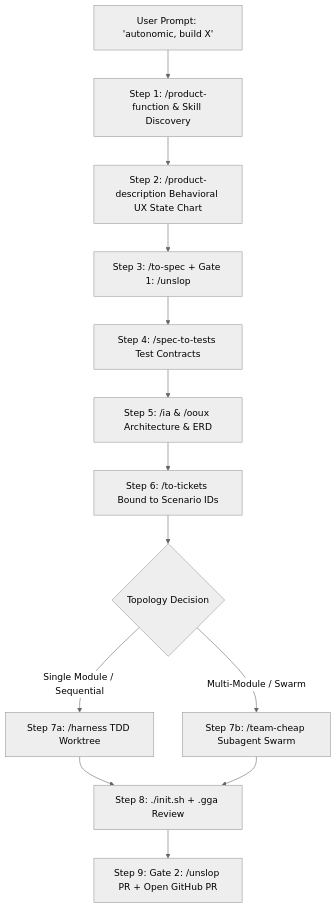
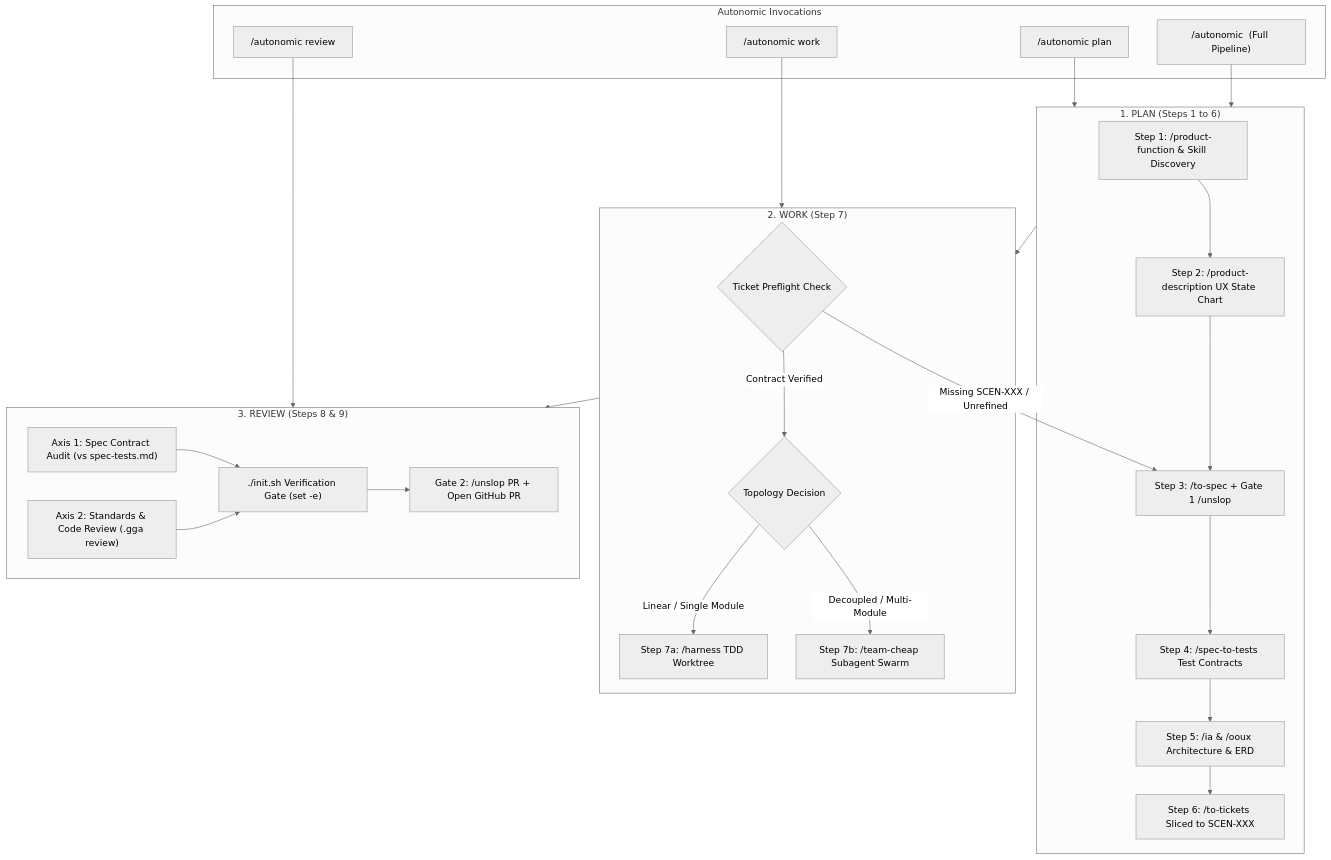
The diagram in .agents/skills/autonomic/SKILL.md (cesarchavezcal/agent-boilerplate), drawn with Mermaid (neutral theme) before and after one commit. The commit also changed other lines of this file and 1 other file, not shown here.

Commit message:
feat(autonomic): refactor into 3-phase macro architecture (plan, work, review)

````diff
--- a/.agents/skills/autonomic/SKILL.md
+++ b/.agents/skills/autonomic/SKILL.md
@@ -27,15 +30,42 @@
 ```mermaid
 flowchart TD
-    A[User Prompt: 'autonomic, build X'] --> B[Step 1: /product-function & Skill Discovery]
-    B --> C[Step 2: /product-description Behavioral UX State Chart]
-    C --> D[Step 3: /to-spec + Gate 1: /unslop]
-    D --> E[Step 4: /spec-to-tests Test Contracts]
-    E --> F[Step 5: /ia & /ooux Architecture & ERD]
-    F --> G[Step 6: /to-tickets Bound to Scenario IDs]
-    G --> H{Topology Decision}
-    H -- Single Module / Sequential --> I[Step 7a: /harness TDD Worktree]
-    H -- Multi-Module / Swarm --> J[Step 7b: /team-cheap Subagent Swarm]
-    I --> K[Step 8: ./init.sh + .gga Review]
-    J --> K
-    K --> L[Step 9: Gate 2: /unslop PR + Open GitHub PR]
+    subgraph Trigger["Autonomic Invocations"]
+        CMD_ALL["/autonomic <idea> (Full Pipeline)"]
+        CMD_PLAN["/autonomic plan <idea>"]
+        CMD_WORK["/autonomic work <ticket>"]
+        CMD_REV["/autonomic review <branch>"]
+    end
+
+    subgraph P["1. PLAN (Steps 1 to 6)"]
+        S1["Step 1: /product-function & Skill Discovery"]
+        S2["Step 2: /product-description UX State Chart"]
+        S3["Step 3: /to-spec + Gate 1 /unslop"]
+        S4["Step 4: /spec-to-tests Test Contracts"]
+        S5["Step 5: /ia & /ooux Architecture & ERD"]
+        S6["Step 6: /to-tickets Sliced to SCEN-XXX"]
+        S1 --> S2 --> S3 --> S4 --> S5 --> S6
+    end
+
+    subgraph W["2. WORK (Step 7)"]
+        PRE{"Ticket Preflight Check"}
+        PRE -- "Missing SCEN-XXX / Unrefined" --> S3
+        PRE -- "Contract Verified" --> TOP{"Topology Decision"}
+        TOP -- "Linear / Single Module" --> TDD["Step 7a: /harness TDD Worktree"]
+        TOP -- "Decoupled / Multi-Module" --> SWM["Step 7b: /team-cheap Subagent Swarm"]
+    end
+
+    subgraph R["3. REVIEW (Steps 8 & 9)"]
+        REV_AXIS1["Axis 1: Spec Contract Audit (vs spec-tests.md)"]
+        REV_AXIS2["Axis 2: Standards & Code Review (.gga review)"]
+        INIT["./init.sh Verification Gate (set -e)"]
+        PR["Gate 2: /unslop PR + Open GitHub PR"]
+        REV_AXIS1 --> INIT
+        REV_AXIS2 --> INIT
+        INIT --> PR
+    end
+
+    CMD_PLAN --> P
+    CMD_WORK --> W
+    CMD_REV --> R
+    CMD_ALL --> P --> W --> R
 ```
````
